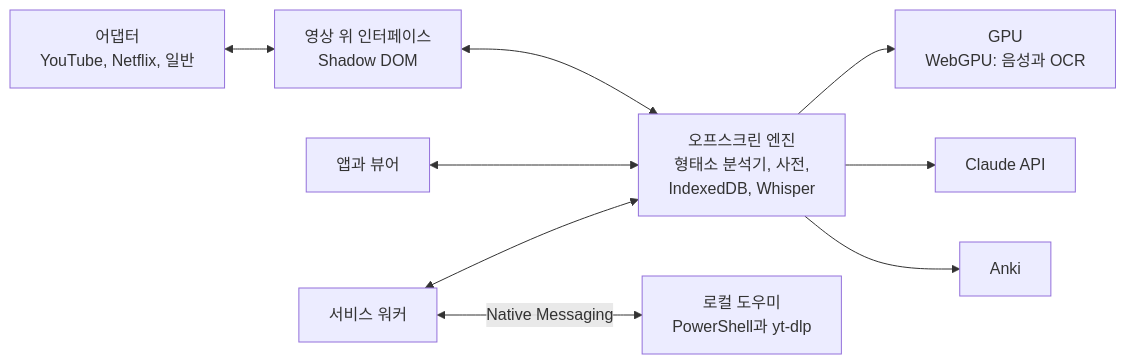
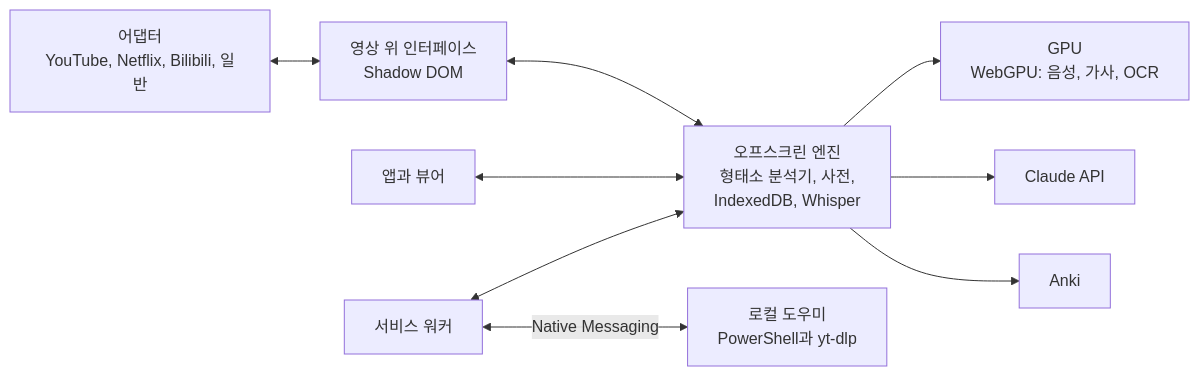
The second of 2 diagrams in README.ko.md (Eliam4510/kotonoha), drawn with Mermaid before and after one commit. The commit also changed other lines of this file and 21 other files, not shown here.

````diff
--- a/README.ko.md
+++ b/README.ko.md
@@ -244,11 +241,11 @@
 ```mermaid
 flowchart LR
-  P["어댑터<br/>YouTube, Netflix, 일반"] <--> C["영상 위 인터페이스<br/>Shadow DOM"]
+  P["어댑터<br/>YouTube, Netflix, Bilibili, 일반"] <--> C["영상 위 인터페이스<br/>Shadow DOM"]
   C <--> M["오프스크린 엔진<br/>형태소 분석기, 사전,<br/>IndexedDB, Whisper"]
   A["앱과 뷰어"] <--> M
-  M --> G["GPU<br/>WebGPU: 음성과 OCR"]
+  M --> G["GPU<br/>WebGPU: 음성, 가사, OCR"]
   M --> CL["Claude API"]
   M --> AN["Anki"]
   S["서비스 워커"] <--> M
   S <-->|Native Messaging| H["로컬 도우미<br/>PowerShell과 yt-dlp"]
 ```
````
